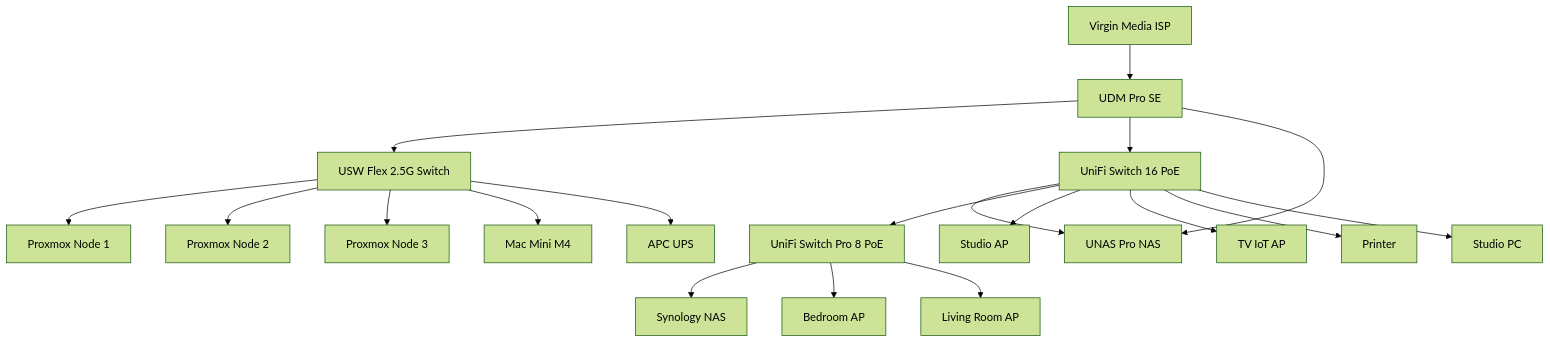
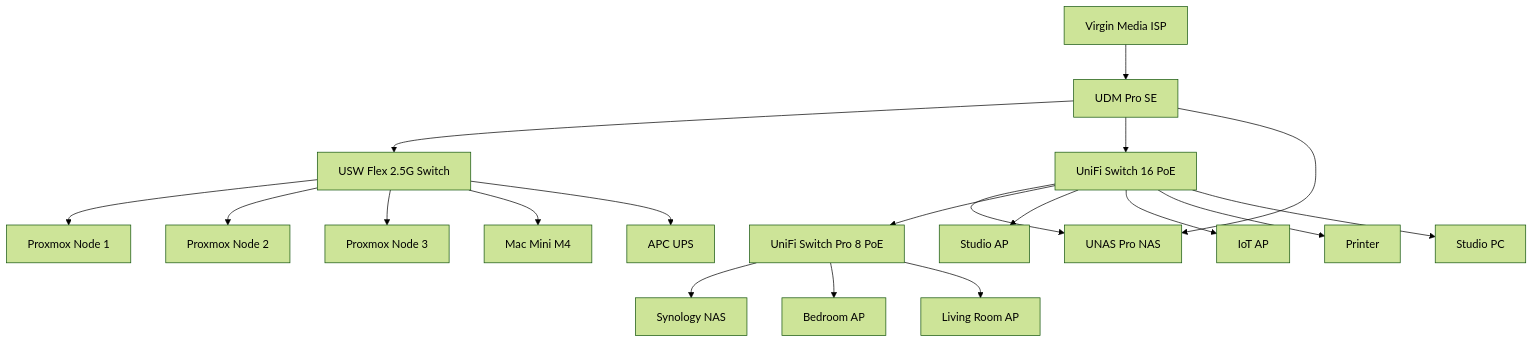
The diagram in topology.md (tazmattar/homelab), drawn with Mermaid (forest theme) before and after one commit.

````diff
--- a/topology.md
+++ b/topology.md
@@ -1,40 +1,40 @@
 ```mermaid
 graph TD
     ISP[Virgin Media ISP]
     UDM[UDM Pro SE]
     FLEX[USW Flex 2.5G Switch]
     S16[UniFi Switch 16 PoE]
     S8[UniFi Switch Pro 8 PoE]
     UNAS[UNAS Pro NAS]
     MAC[Mac Mini M4]
     P1[Proxmox Node 1]
     P2[Proxmox Node 2]
     P3[Proxmox Node 3]
     UPS[APC UPS]
     SYNO[Synology NAS]
     AP1[Bedroom AP]
     AP2[Living Room AP]
     AP3[Studio AP]
-    AP4[TV IoT AP]
+    AP4[IoT AP]
     PRN[Printer]
     PC[Studio PC]
 
     ISP --> UDM
     UDM --> FLEX
     UDM --> S16
     UDM --> UNAS
     FLEX --> P1
     FLEX --> P2
     FLEX --> P3
     FLEX --> MAC
     FLEX --> UPS
     S16 --> UNAS
     S16 --> S8
     S8 --> SYNO
     S8 --> AP1
     S8 --> AP2
     S16 --> AP3
     S16 --> AP4
     S16 --> PRN
     S16 --> PC
 ```
````
